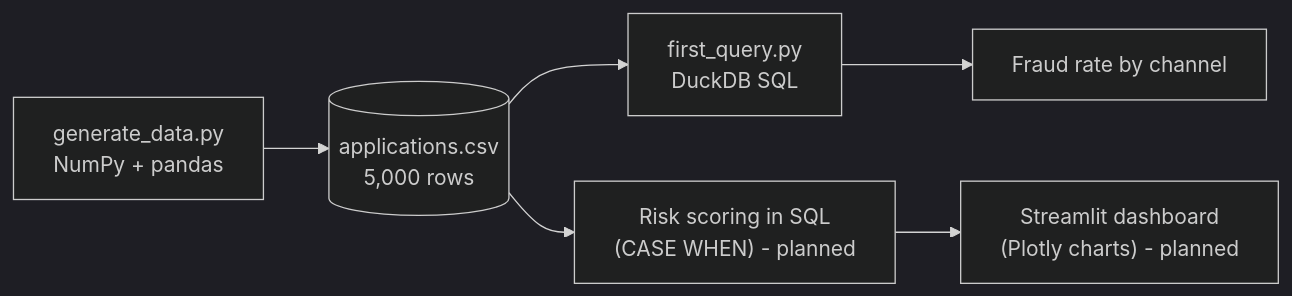
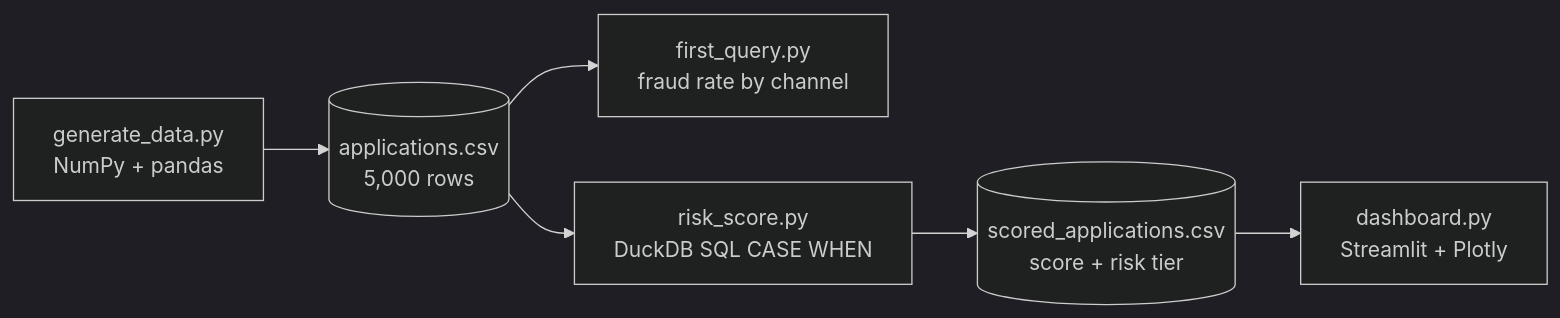
The first of 3 diagrams in docs/architecture.md (SaminRahman/fintech-risk-engine), drawn with Mermaid (dark theme) before and after one commit. The commit also changed other lines of this file, not shown here.

Commit message:
docs: update architecture with risk scoring, results and dashboard

````diff
--- a/docs/architecture.md
+++ b/docs/architecture.md
@@ -37,8 +38,8 @@
 ```mermaid
 flowchart LR
     A["generate_data.py<br/>NumPy + pandas"] --> B[("applications.csv<br/>5,000 rows")]
-    B --> C["first_query.py<br/>DuckDB SQL"]
-    C --> F["Fraud rate by channel"]
-    B --> D["Risk scoring in SQL<br/>(CASE WHEN) - planned"]
-    D --> E["Streamlit dashboard<br/>(Plotly charts) - planned"]
+    B --> C["first_query.py<br/>fraud rate by channel"]
+    B --> D["risk_score.py<br/>DuckDB SQL CASE WHEN"]
+    D --> E[("scored_applications.csv<br/>score + risk tier")]
+    E --> F["dashboard.py<br/>Streamlit + Plotly"]
 ```
````
